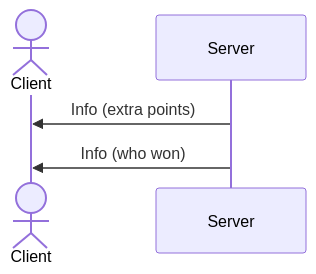
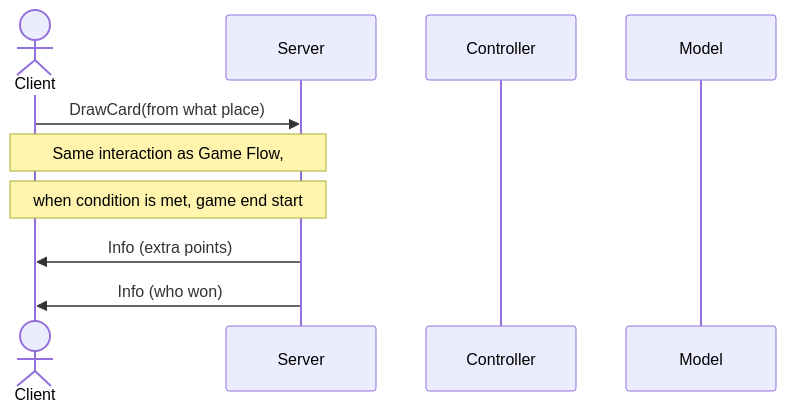
One commit to TheCaptainCraken/IS24-AM26 changed the fourth of 4 diagrams in deliverables/connection-serius.md. Above: the diagram before and after it, drawn with Mermaid. The commit also changed other lines of this file, not shown here.

Commit message:
update of uml

````diff
--- a/deliverables/connection-serius.md
+++ b/deliverables/connection-serius.md
@@ -90,6 +127,12 @@
 ```mermaid
 sequenceDiagram
     actor Client
+    participant Server
+    participant Controller
+    participant Model
+    Client ->> Server: DrawCard(from what place)
+    Note over Server,Client: Same interaction as Game Flow,
+    Note over Server,Client:   when condition is met, game end start
     Server ->> Client: Info (extra points)
     Server ->> Client: Info (who won)
 ```
````
